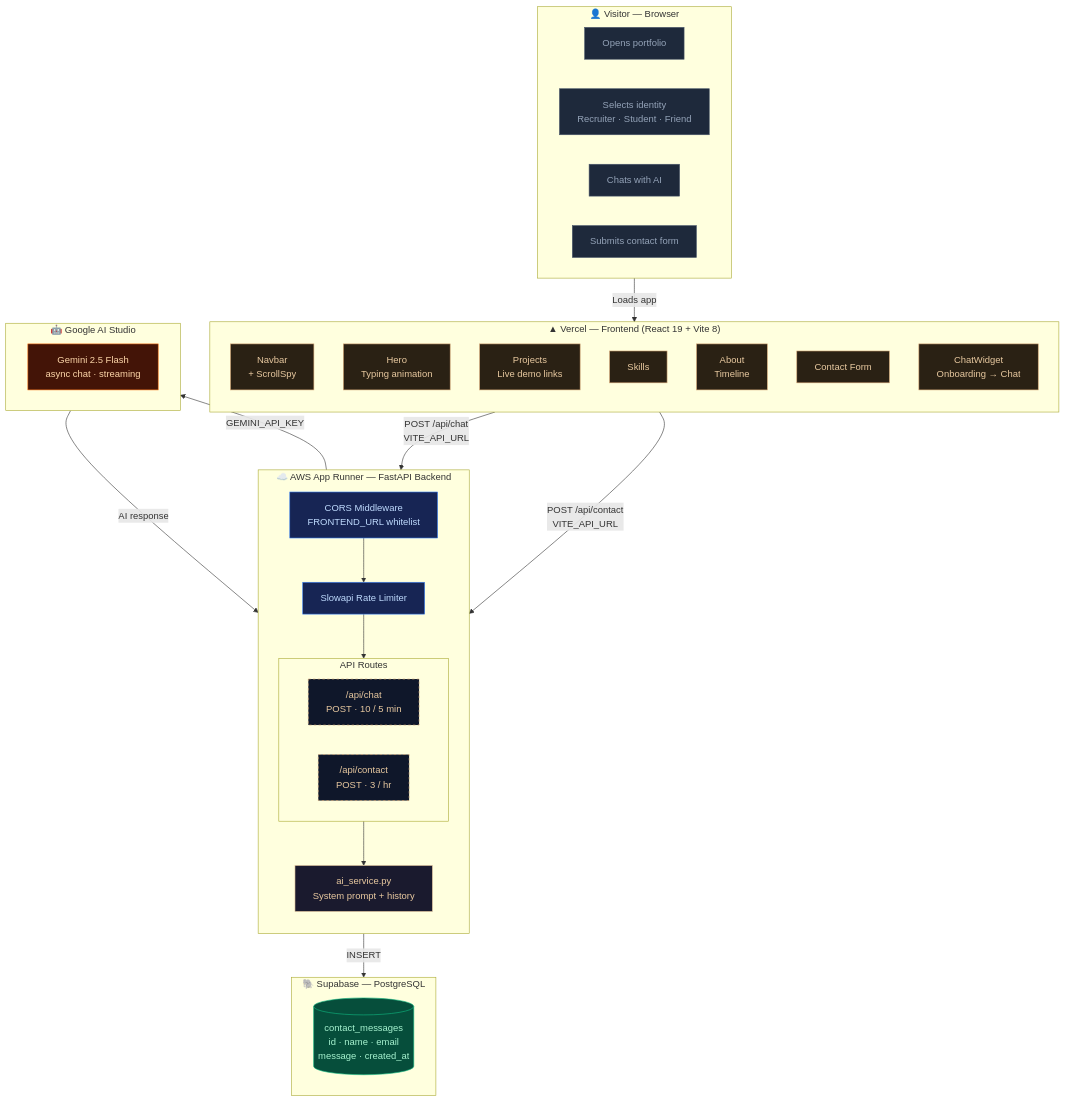
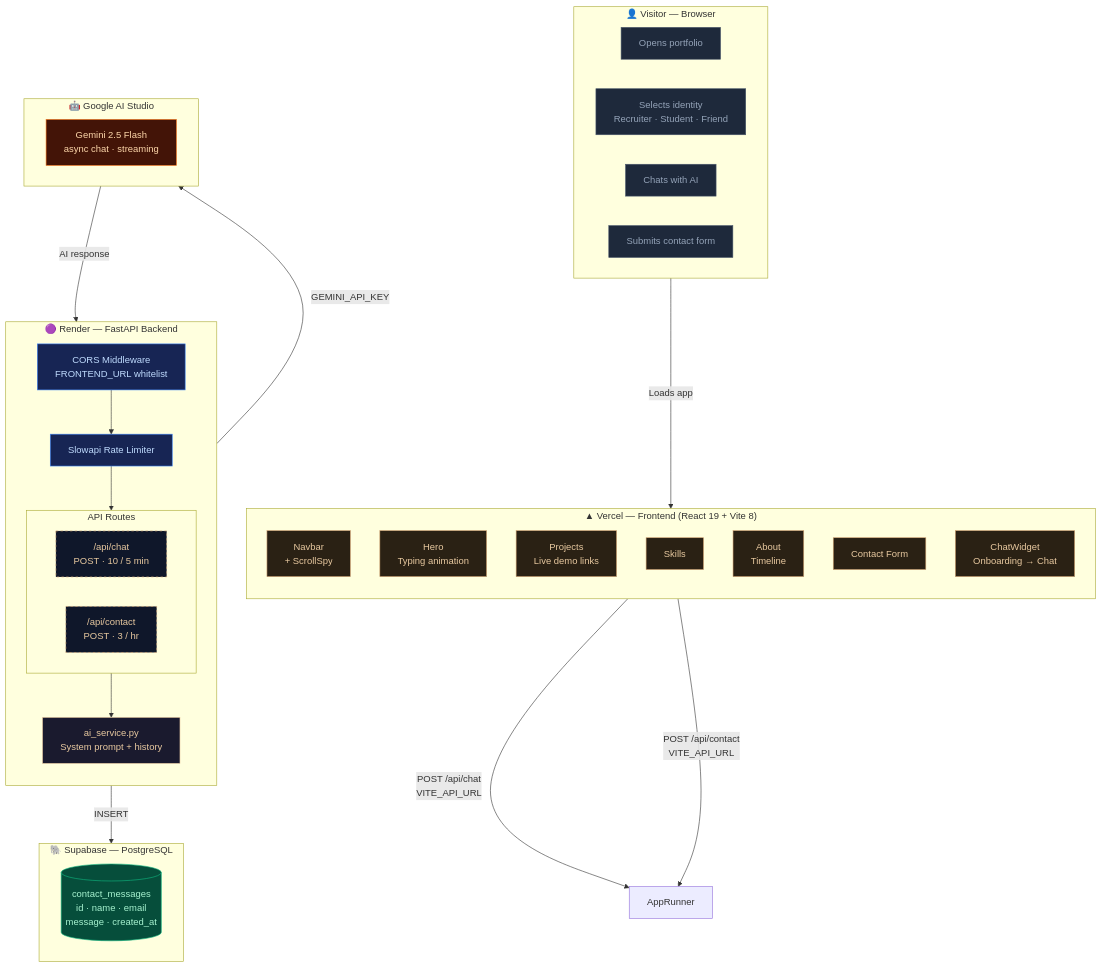
The first of 3 diagrams in README.md (Qisanxi/Portfolio), drawn with Mermaid before and after one commit. The commit also changed other lines of this file, not shown here.

First line of the commit message:
docs: update deployment — Render backend, AWS Lambda as future goal

````diff
--- a/README.md
+++ b/README.md
@@ -27,58 +27,58 @@
 ```mermaid
 graph TB
     subgraph Visitor["👤 Visitor — Browser"]
         direction LR
         V1["Opens portfolio"]:::action
         V2["Selects identity\nRecruiter · Student · Friend"]:::action
         V3["Chats with AI"]:::action
         V4["Submits contact form"]:::action
     end
 
     subgraph Vercel["▲ Vercel  —  Frontend  (React 19 + Vite 8)"]
         direction TB
         NAV["Navbar\n+ ScrollSpy"]:::ui
         HERO["Hero\nTyping animation"]:::ui
         PROJ["Projects\nLive demo links"]:::ui
         SKILLS["Skills"]:::ui
         ABOUT["About\nTimeline"]:::ui
         CONTACT["Contact Form"]:::ui
         CW["ChatWidget\nOnboarding → Chat"]:::ui
     end
 
-    subgraph AppRunner["☁️ AWS App Runner  —  FastAPI Backend"]
+    subgraph Render["🟣 Render  —  FastAPI Backend"]
         direction TB
         CORS["CORS Middleware\nFRONTEND_URL whitelist"]:::middleware
         RL["Slowapi Rate Limiter"]:::middleware
         subgraph Routes["API Routes"]
             direction LR
             CHAT_RT["/api/chat\nPOST · 10 / 5 min"]:::route
             CONTACT_RT["/api/contact\nPOST · 3 / hr"]:::route
         end
         AI_SVC["ai_service.py\nSystem prompt + history"]:::service
         CORS --> RL --> Routes
         CHAT_RT --> AI_SVC
     end
 
     subgraph Supabase["🐘 Supabase  —  PostgreSQL"]
         DB[("contact_messages\nid · name · email\nmessage · created_at")]:::db
     end
 
     subgraph GoogleAI["🤖 Google AI Studio"]
         GEMINI["Gemini 2.5 Flash\nasync chat · streaming"]:::external
     end
 
     Visitor -->|"Loads app"| Vercel
     CW -->|"POST /api/chat\nVITE_API_URL"| AppRunner
     CONTACT -->|"POST /api/contact\nVITE_API_URL"| AppRunner
     AI_SVC -->|"GEMINI_API_KEY"| GoogleAI
     GoogleAI -->|"AI response"| AI_SVC
     CONTACT_RT -->|"INSERT"| Supabase
 
     classDef ui fill:#2A2114,stroke:#D4A574,color:#E8C9A0
     classDef middleware fill:#172554,stroke:#3b82f6,color:#bfdbfe
     classDef route fill:#0f172a,stroke:#D4A574,color:#E8C9A0,stroke-dasharray:4
     classDef service fill:#1a1a2e,stroke:#E8C9A0,color:#E8C9A0
     classDef db fill:#064e3b,stroke:#10b981,color:#a7f3d0
     classDef external fill:#431407,stroke:#f97316,color:#fed7aa
     classDef action fill:#1e293b,stroke:#475569,color:#94a3b8
 ```
````
